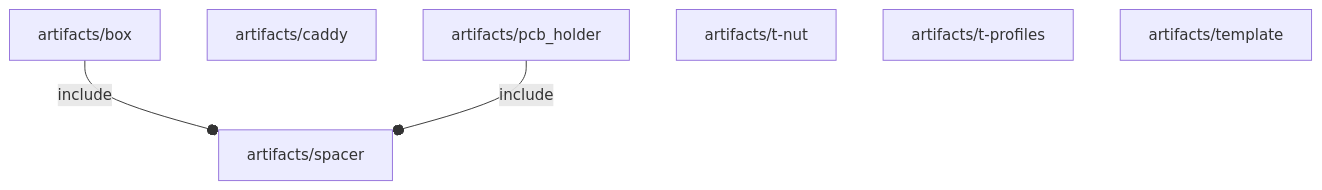
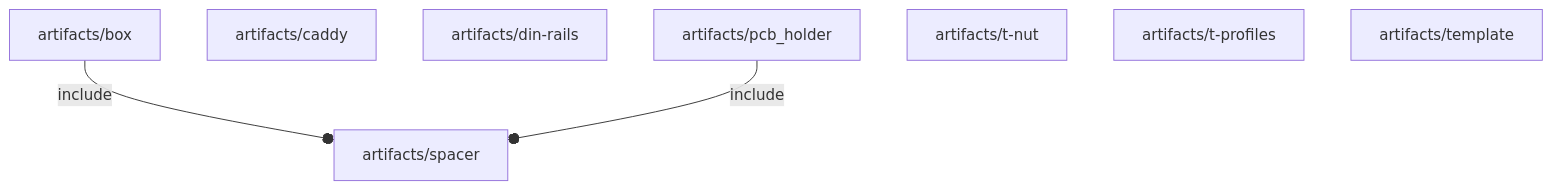
Before and after one commit to ggabbiani/OFL: the diagram in orthodocs/artifacts/deps.md, drawn with Mermaid. The commit also changed 76 other files, not shown here.

````diff
--- a/orthodocs/artifacts/deps.md
+++ b/orthodocs/artifacts/deps.md
@@ -3,10 +3,11 @@
 ```mermaid
 graph TD
     A1[artifacts/box] --o|include| A2[artifacts/spacer]
     A3[artifacts/caddy]
-    A4[artifacts/pcb_holder] --o|include| A2
+    A4[artifacts/din-rails]
+    A5[artifacts/pcb_holder] --o|include| A2
     A2
-    A5[artifacts/t-nut]
-    A6[artifacts/t-profiles]
-    A7[artifacts/template]
+    A6[artifacts/t-nut]
+    A7[artifacts/t-profiles]
+    A8[artifacts/template]
 ```
````
